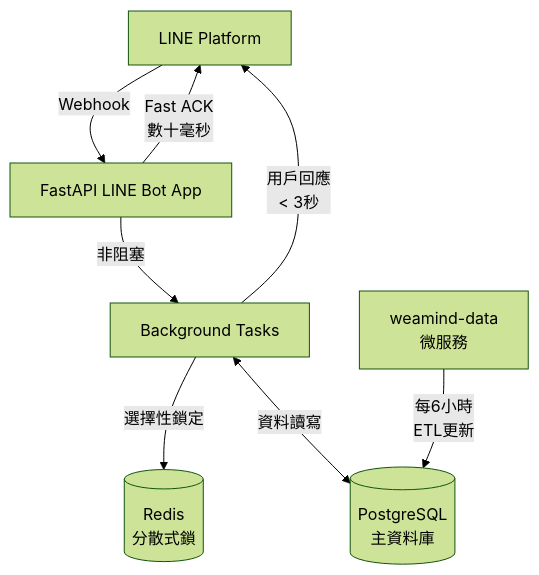
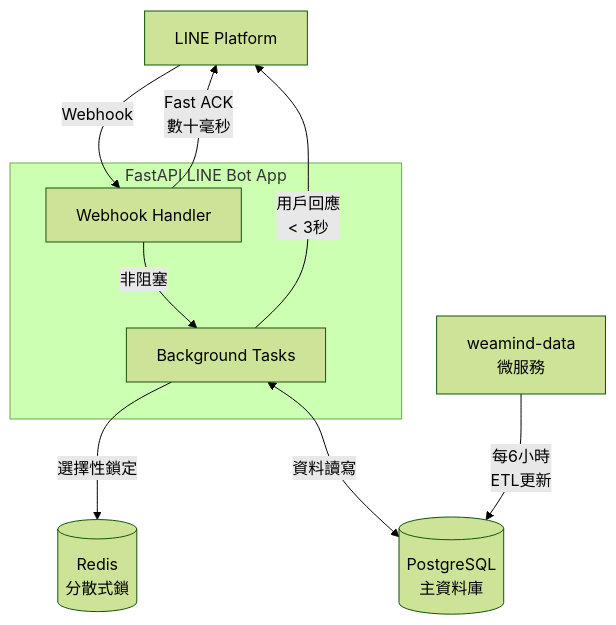
One commit to kyomind/WeaMind changed the diagram in README.md. Above: the diagram before and after it, drawn with Mermaid (forest theme). The commit also changed other lines of this file, not shown here.

Commit message:
Refine FastAPI architecture diagram and descriptions

````diff
--- a/README.md
+++ b/README.md
@@ -49,17 +49,20 @@
 ```mermaid
 graph TB
     LINE[LINE Platform]
-    WEB[FastAPI LINE Bot App]
-    BG[Background Tasks]
     REDIS[(Redis<br/>分散式鎖)]
     DB[(PostgreSQL<br/>主資料庫)]
     DATA[weamind-data<br/>微服務]
+
+    subgraph FASTAPI["FastAPI LINE Bot App"]
+        WEB[Webhook Handler]
+        BG[Background Tasks]
+    end
 
     LINE -->|Webhook| WEB
     WEB -->|Fast ACK<br/>數十毫秒| LINE
     WEB -->|非阻塞| BG
     BG -->|選擇性鎖定| REDIS
     BG <-->|資料讀寫| DB
     BG -->|用戶回應<br/>< 3秒| LINE
     DATA -->|每6小時<br/>ETL更新| DB
 ```
````
